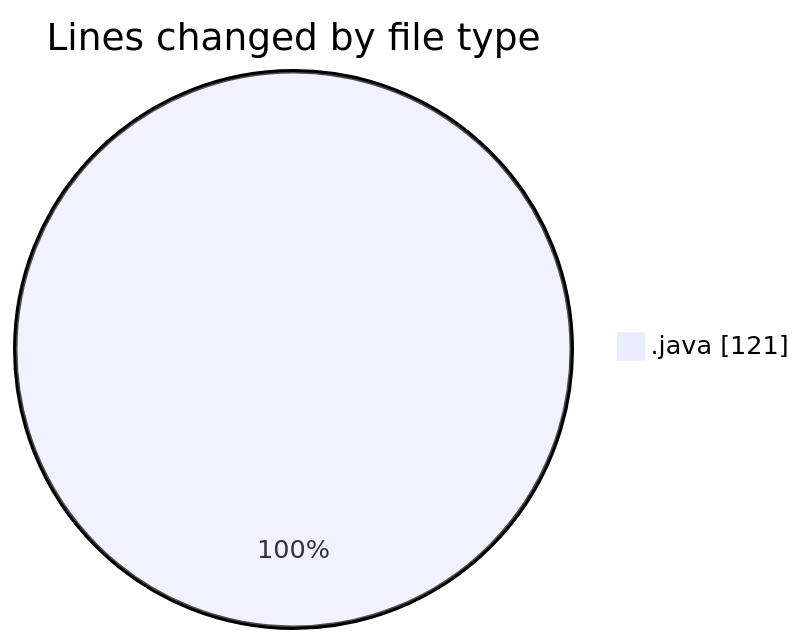
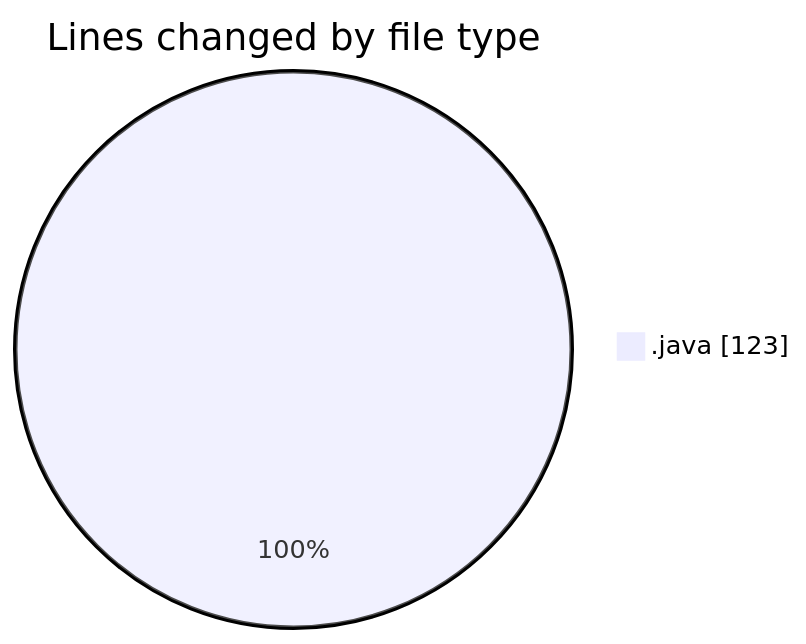
Before and after one commit to NitaiMahat/code-tracking: the first of 2 diagrams in 2025-03-25/startfiles/README.md, drawn with Mermaid. The commit also changed other lines of this file and 1 other file, not shown here.

````diff
--- a/2025-03-25/startfiles/README.md
+++ b/2025-03-25/startfiles/README.md
@@ -20,5 +20,5 @@
 ```mermaid
 pie showData
 title Lines changed by file type
-".java" : 121
+".java" : 123
 ```
````
